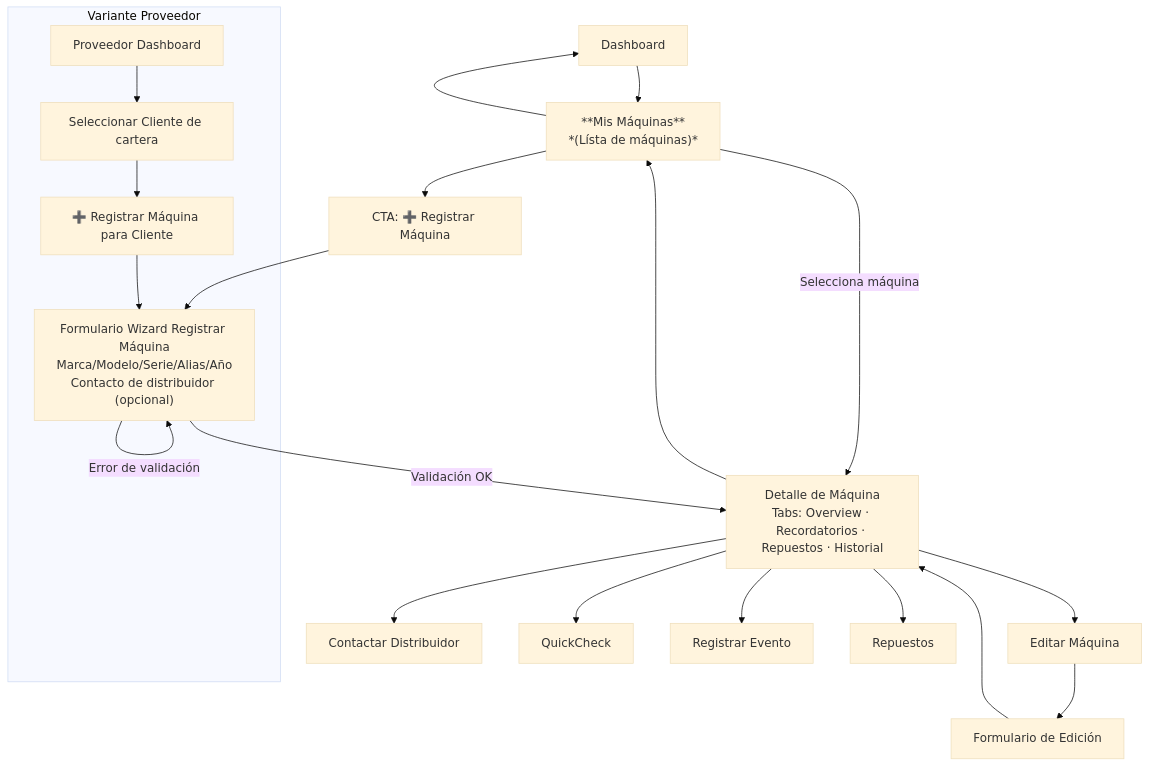
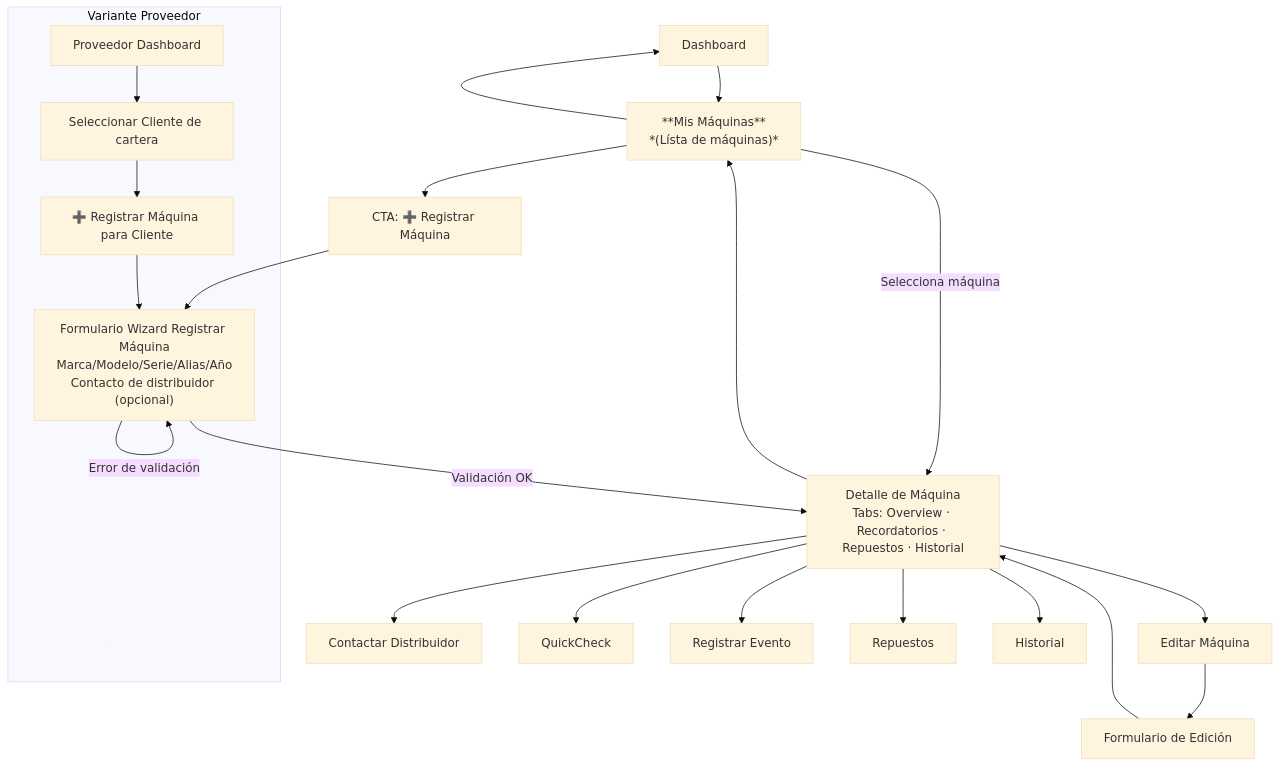
One commit to MarkMed/FleetMan changed the third of 9 diagrams in docs/userJourney.md. Above: the diagram before and after it, drawn with Mermaid (base theme). The commit also changed other lines of this file, not shown here.

Commit message:
Enhance event registration flow: add history tracking and streamline access from QuickActions

````diff
--- a/docs/userJourney.md
+++ b/docs/userJourney.md
@@ -87,28 +87,29 @@
 ```mermaid
 flowchart TD
     DASH[Dashboard] --> MACHINES[**Mis Máquinas**<br/>*#40;Lísta de máquinas#41;*]
     MACHINES --> DASH
     MACHINES --> CREATE[CTA: ➕ Registrar Máquina]
     MACHINES --> |Selecciona máquina| DETAIL["Detalle de Máquina<br/>Tabs: Overview · Recordatorios · Repuestos · Historial"]
     
     CREATE --> WIZARD["Formulario Wizard Registrar Máquina<br/>Marca/Modelo/Serie/Alias/Año<br/>Contacto de distribuidor #40;opcional#41;"]
     WIZARD -->|Validación OK| DETAIL
     WIZARD -->|Error de validación| WIZARD
     
     DETAIL --> MACHINES
     DETAIL --> EDIT[Editar Máquina]
     DETAIL --> CONTACT[Contactar Distribuidor]
     DETAIL --> QUICKCHECK_MACHINE[QuickCheck]
     DETAIL --> EVENT[Registrar Evento]
     DETAIL --> REPUESTOS[Repuestos]
+    DETAIL --> HISTORY[Historial]
     
     EDIT --> EDIT_FORM[Formulario de Edición]
     EDIT_FORM --> DETAIL
     
     %% Variante Proveedor
     subgraph "Variante Proveedor"
         PROVIDER[Proveedor Dashboard] --> SELECT_CLIENT[Seleccionar Cliente de cartera]
         SELECT_CLIENT --> CREATE_FOR_CLIENT[➕ Registrar Máquina para Cliente]
         CREATE_FOR_CLIENT --> WIZARD
     end
 ```
````
